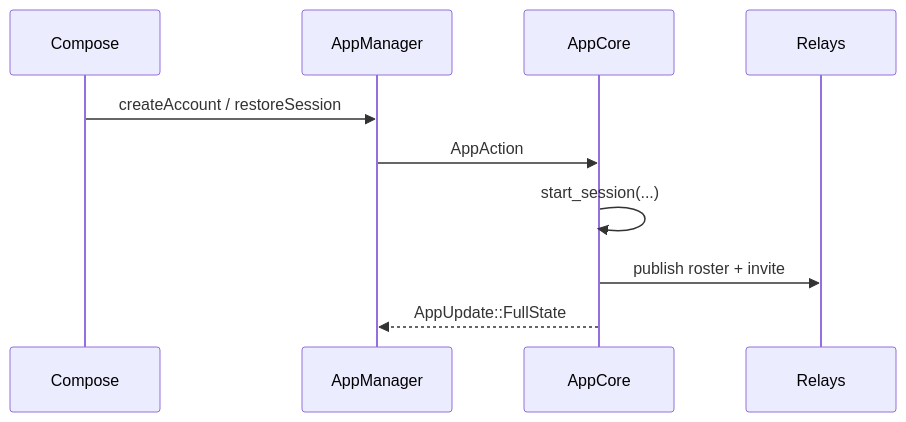
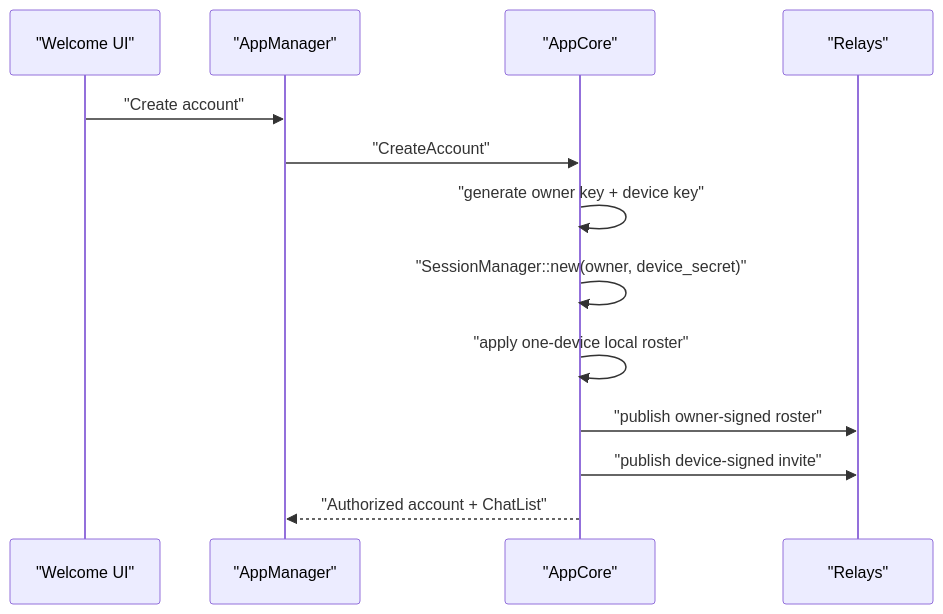
The fourth of 9 diagrams in ARCHITECTURE_REVIEW.md (lauri000/ndr-demo-app), drawn with Mermaid before and after one commit. The commit also changed other lines of this file and 4 other files, not shown here.

Commit message:
Validate linked-device fanout on real relays

````diff
--- a/ARCHITECTURE_REVIEW.md
+++ b/ARCHITECTURE_REVIEW.md
@@ -106,12 +208,16 @@
 ```mermaid
 sequenceDiagram
-  participant UI as Compose
-  participant AM as AppManager
-  participant CORE as AppCore
-  participant RELAY as Relays
-  UI->>AM: createAccount / restoreSession
-  AM->>CORE: AppAction
-  CORE->>CORE: start_session(...)
-  CORE->>RELAY: publish roster + invite
-  CORE-->>AM: AppUpdate::FullState
+  participant UI as "Welcome UI"
+  participant AM as "AppManager"
+  participant CORE as "AppCore"
+  participant RELAY as "Relays"
+
+  UI->>AM: "Create account"
+  AM->>CORE: "CreateAccount"
+  CORE->>CORE: "generate owner key + device key"
+  CORE->>CORE: "SessionManager::new(owner, device_secret)"
+  CORE->>CORE: "apply one-device local roster"
+  CORE->>RELAY: "publish owner-signed roster"
+  CORE->>RELAY: "publish device-signed invite"
+  CORE-->>AM: "Authorized account + ChatList"
 ```
````
